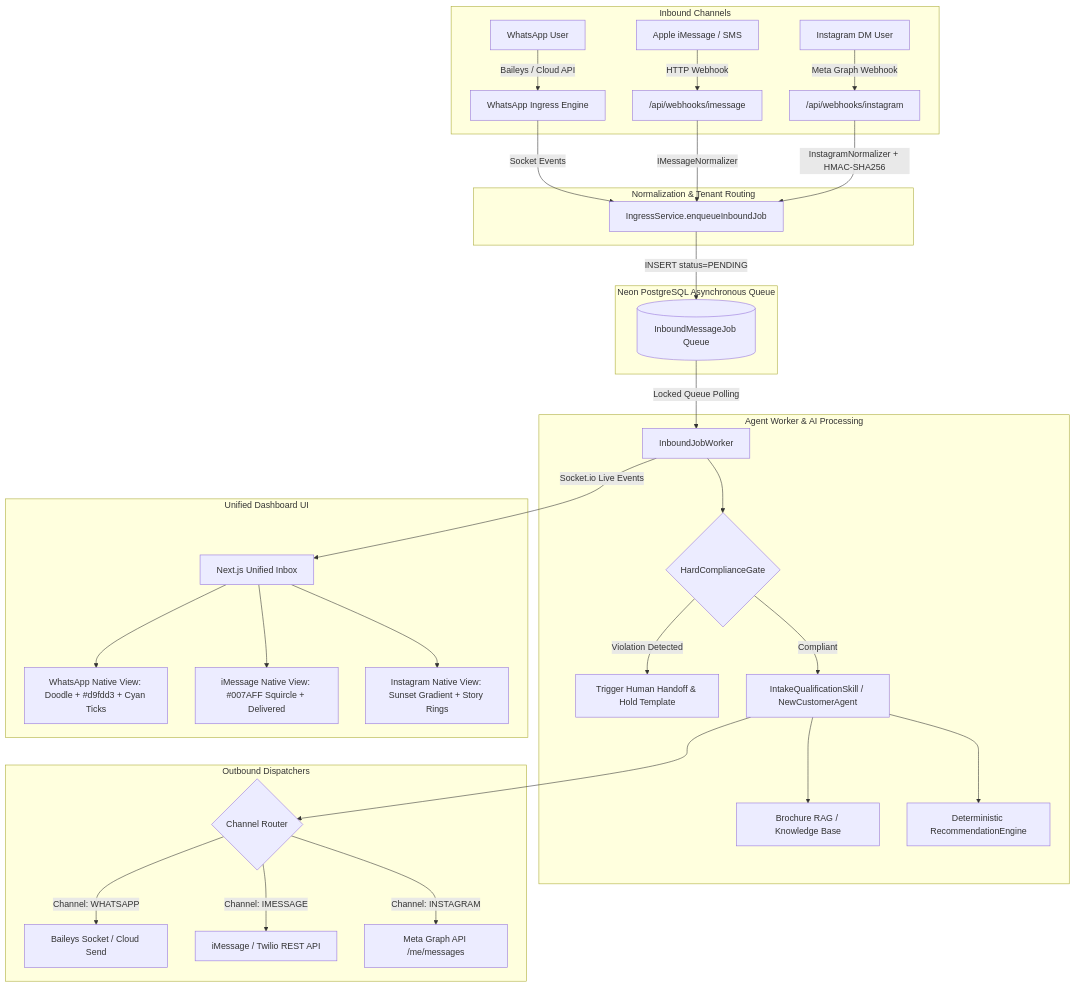
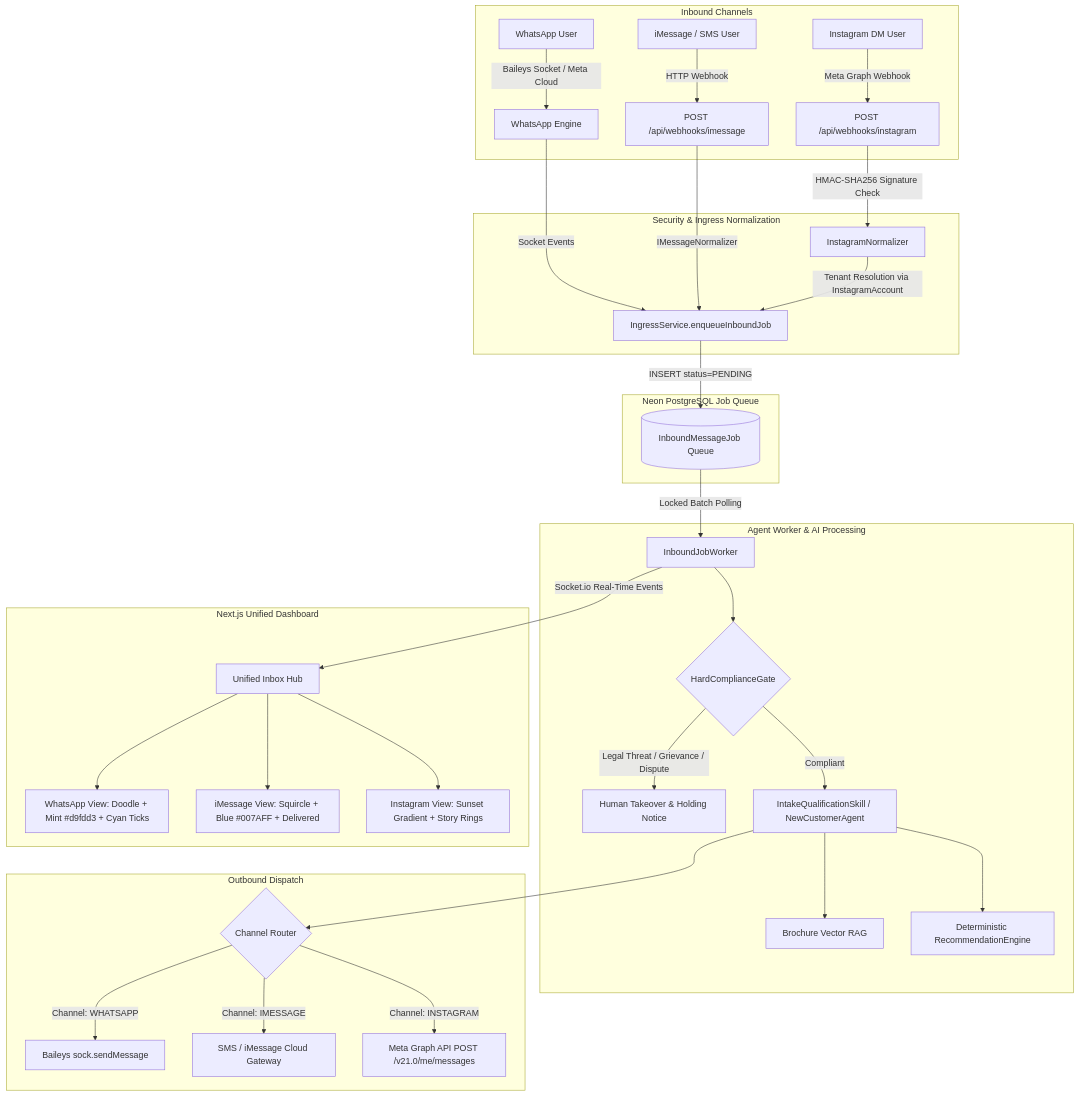
One commit to alphaesAI/oneaiassist changed the diagram in docs/multi_channel_flows_and_prompts.md. Above: the diagram before and after it, drawn with Mermaid. The commit also changed other lines of this file, not shown here.

Commit message:
docs: complete user prompts log, multi-channel technical flows, and AI prompts reference

````diff
--- a/docs/multi_channel_flows_and_prompts.md
+++ b/docs/multi_channel_flows_and_prompts.md
@@ -11,41 +185,42 @@
 ```mermaid
 flowchart TD
     subgraph Inbound Channels
-        WA[WhatsApp User] -->|Baileys / Cloud API| WH_WA[WhatsApp Ingress Engine]
-        APL[Apple iMessage / SMS] -->|HTTP Webhook| WH_APL["/api/webhooks/imessage"]
-        IG[Instagram DM User] -->|Meta Graph Webhook| WH_IG["/api/webhooks/instagram"]
+        WA_USR[WhatsApp User] -->|Baileys Socket / Meta Cloud| WH_WA[WhatsApp Engine]
+        APL_USR[iMessage / SMS User] -->|HTTP Webhook| WH_APL["POST /api/webhooks/imessage"]
+        IG_USR[Instagram DM User] -->|Meta Graph Webhook| WH_IG["POST /api/webhooks/instagram"]
     end
 
-    subgraph Normalization & Tenant Routing
+    subgraph Security & Ingress Normalization
         WH_WA -->|Socket Events| ING[IngressService.enqueueInboundJob]
         WH_APL -->|IMessageNormalizer| ING
-        WH_IG -->|InstagramNormalizer + HMAC-SHA256| ING
+        WH_IG -->|HMAC-SHA256 Signature Check| IG_NORM[InstagramNormalizer]
+        IG_NORM -->|Tenant Resolution via InstagramAccount| ING
     end
 
-    subgraph Neon PostgreSQL Asynchronous Queue
-        ING -->|INSERT status=PENDING| JOB_QUEUE[(InboundMessageJob Queue)]
+    subgraph Neon PostgreSQL Job Queue
+        ING -->|INSERT status=PENDING| DB_QUEUE[(InboundMessageJob Queue)]
     end
 
     subgraph Agent Worker & AI Processing
-        JOB_QUEUE -->|Locked Queue Polling| WORKER[InboundJobWorker]
-        WORKER --> GATE{HardComplianceGate}
-        GATE -->|Violation Detected| HOLD[Trigger Human Handoff & Hold Template]
-        GATE -->|Compliant| INTAKE[IntakeQualificationSkill / NewCustomerAgent]
-        INTAKE --> RAG[Brochure RAG / Knowledge Base]
-        INTAKE --> REC[Deterministic RecommendationEngine]
+        DB_QUEUE -->|Locked Batch Polling| WORKER[InboundJobWorker]
+        WORKER --> COMP_GATE{HardComplianceGate}
+        COMP_GATE -->|Legal Threat / Grievance / Dispute| ESCALATE[Human Takeover & Holding Notice]
+        COMP_GATE -->|Compliant| INTAKE_AGENT[IntakeQualificationSkill / NewCustomerAgent]
+        INTAKE_AGENT --> RAG[Brochure Vector RAG]
+        INTAKE_AGENT --> REC[Deterministic RecommendationEngine]
     end
 
-    subgraph Outbound Dispatchers
-        INTAKE --> DISPATCH{Channel Router}
-        DISPATCH -->|Channel: WHATSAPP| OUT_WA[Baileys Socket / Cloud Send]
-        DISPATCH -->|Channel: IMESSAGE| OUT_APL[iMessage / Twilio REST API]
-        DISPATCH -->|Channel: INSTAGRAM| OUT_IG[Meta Graph API /me/messages]
+    subgraph Outbound Dispatch
+        INTAKE_AGENT --> ROUTER{Channel Router}
+        ROUTER -->|Channel: WHATSAPP| OUT_WA[Baileys sock.sendMessage]
+        ROUTER -->|Channel: IMESSAGE| OUT_APL[SMS / iMessage Cloud Gateway]
+        ROUTER -->|Channel: INSTAGRAM| OUT_IG[Meta Graph API POST /v21.0/me/messages]
     end
 
-    subgraph Unified Dashboard UI
-        WORKER -->|Socket.io Live Events| DASH[Next.js Unified Inbox]
-        DASH --> VIEW_WA[WhatsApp Native View: Doodle + #d9fdd3 + Cyan Ticks]
-        DASH --> VIEW_APL[iMessage Native View: #007AFF Squircle + Delivered]
-        DASH --> VIEW_IG[Instagram Native View: Sunset Gradient + Story Rings]
+    subgraph Next.js Unified Dashboard
+        WORKER -->|Socket.io Real-Time Events| DASH[Unified Inbox Hub]
+        DASH --> V_WA[WhatsApp View: Doodle + Mint #d9fdd3 + Cyan Ticks]
+        DASH --> V_APL[iMessage View: Squircle + Blue #007AFF + Delivered]
+        DASH --> V_IG[Instagram View: Sunset Gradient + Story Rings]
     end
 ```
````
